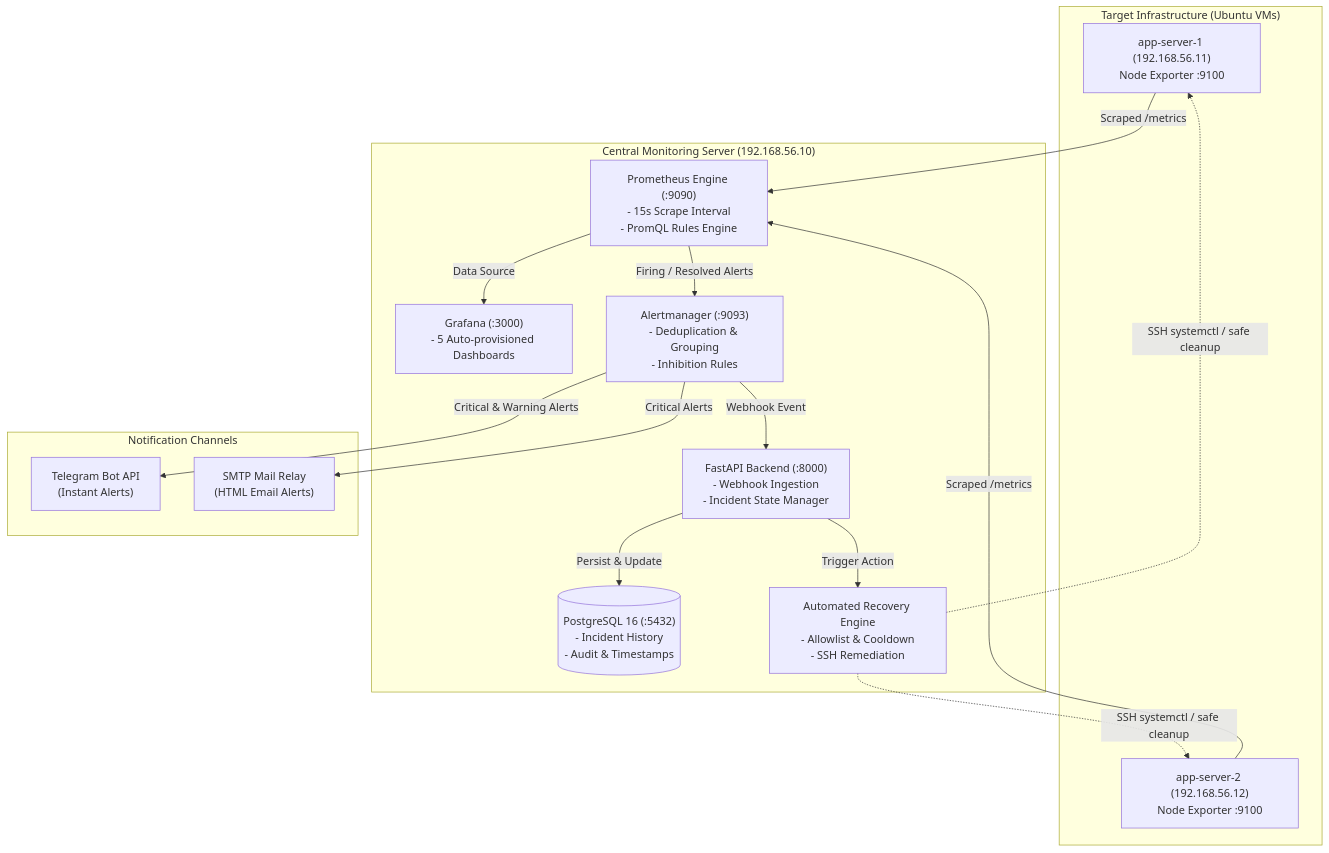
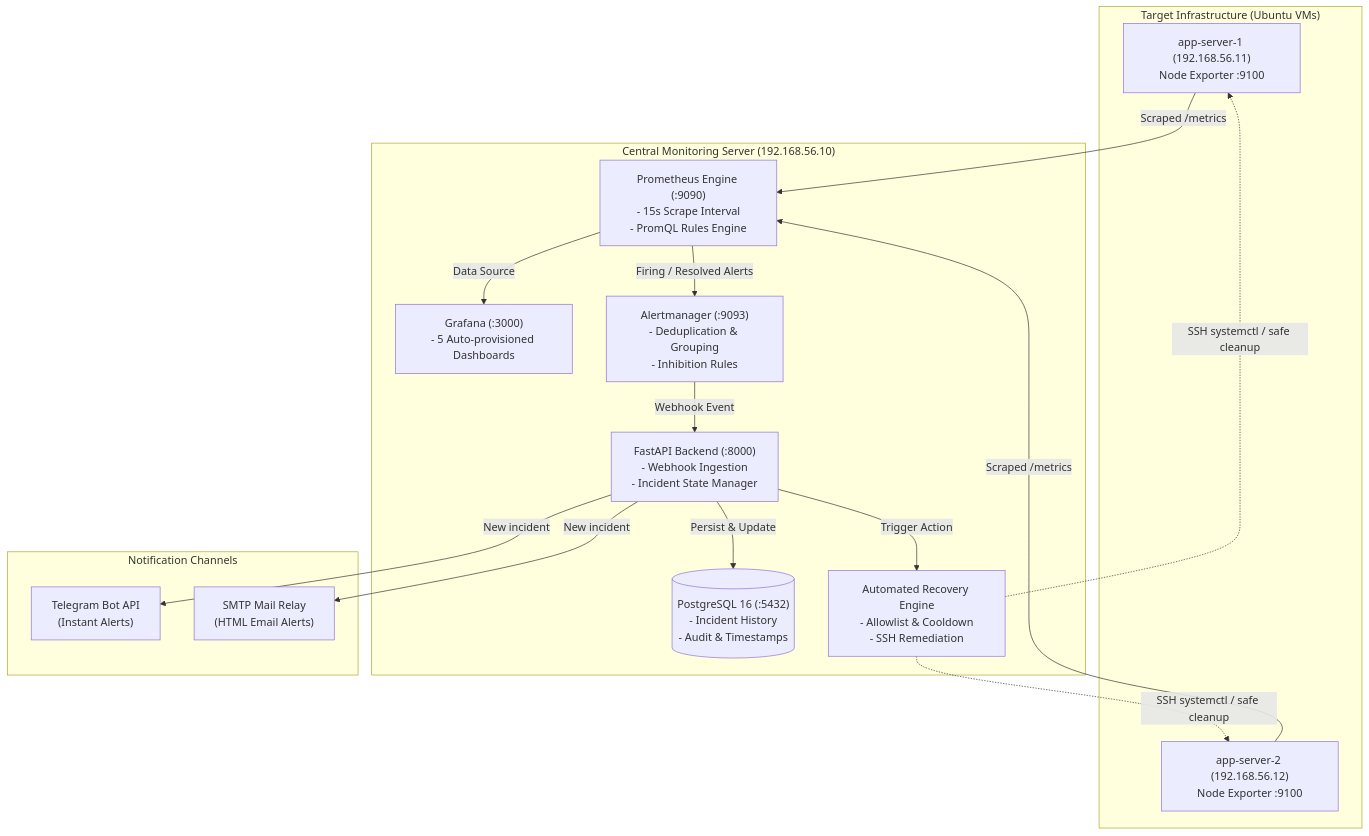
Before and after one commit to MJ-Siddhartha/Cloud-Infrastructure-Monitoring: the diagram in README.md, drawn with Mermaid. The commit also changed other lines of this file and 51 other files, not shown here.

````diff
--- a/README.md
+++ b/README.md
@@ -39,33 +39,33 @@
 ```mermaid
 flowchart TD
     subgraph TargetVMs ["Target Infrastructure (Ubuntu VMs)"]
         VM1["app-server-1 (192.168.56.11)<br/>Node Exporter :9100"]
         VM2["app-server-2 (192.168.56.12)<br/>Node Exporter :9100"]
     end
 
     subgraph MonitoringHost ["Central Monitoring Server (192.168.56.10)"]
         Prometheus["Prometheus Engine (:9090)<br/>- 15s Scrape Interval<br/>- PromQL Rules Engine"]
         Grafana["Grafana (:3000)<br/>- 5 Auto-provisioned Dashboards"]
         Alertmanager["Alertmanager (:9093)<br/>- Deduplication & Grouping<br/>- Inhibition Rules"]
         Backend["FastAPI Backend (:8000)<br/>- Webhook Ingestion<br/>- Incident State Manager"]
         PostgreSQL[("PostgreSQL 16 (:5432)<br/>- Incident History<br/>- Audit & Timestamps")]
         RecoveryEngine["Automated Recovery Engine<br/>- Allowlist & Cooldown<br/>- SSH Remediation"]
     end
 
     subgraph NotificationChannels ["Notification Channels"]
         Telegram["Telegram Bot API<br/>(Instant Alerts)"]
         SMTP["SMTP Mail Relay<br/>(HTML Email Alerts)"]
     end
 
     VM1 -->|Scraped /metrics| Prometheus
     VM2 -->|Scraped /metrics| Prometheus
     Prometheus -->|Data Source| Grafana
     Prometheus -->|Firing / Resolved Alerts| Alertmanager
-    Alertmanager -->|Critical & Warning Alerts| Telegram
-    Alertmanager -->|Critical Alerts| SMTP
     Alertmanager -->|Webhook Event| Backend
+    Backend -->|New incident| Telegram
+    Backend -->|New incident| SMTP
     Backend -->|Persist & Update| PostgreSQL
     Backend -->|Trigger Action| RecoveryEngine
     RecoveryEngine -.->|SSH systemctl / safe cleanup| VM1
     RecoveryEngine -.->|SSH systemctl / safe cleanup| VM2
 ```
````
